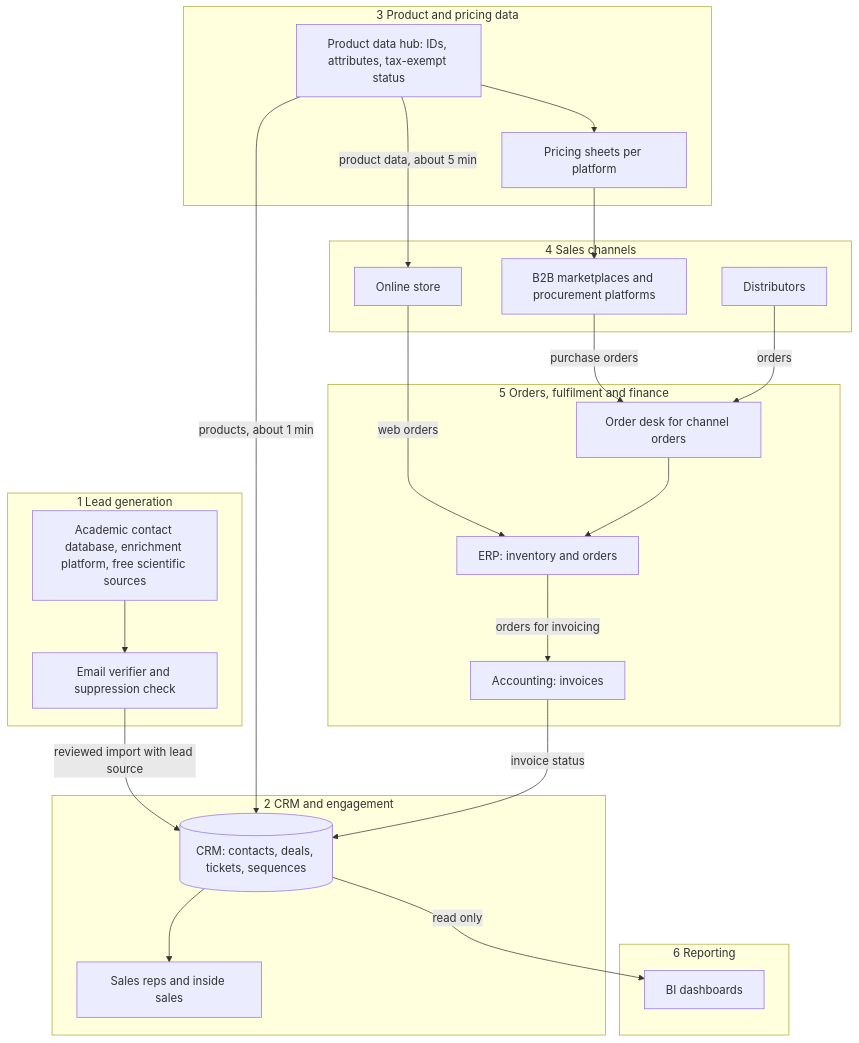
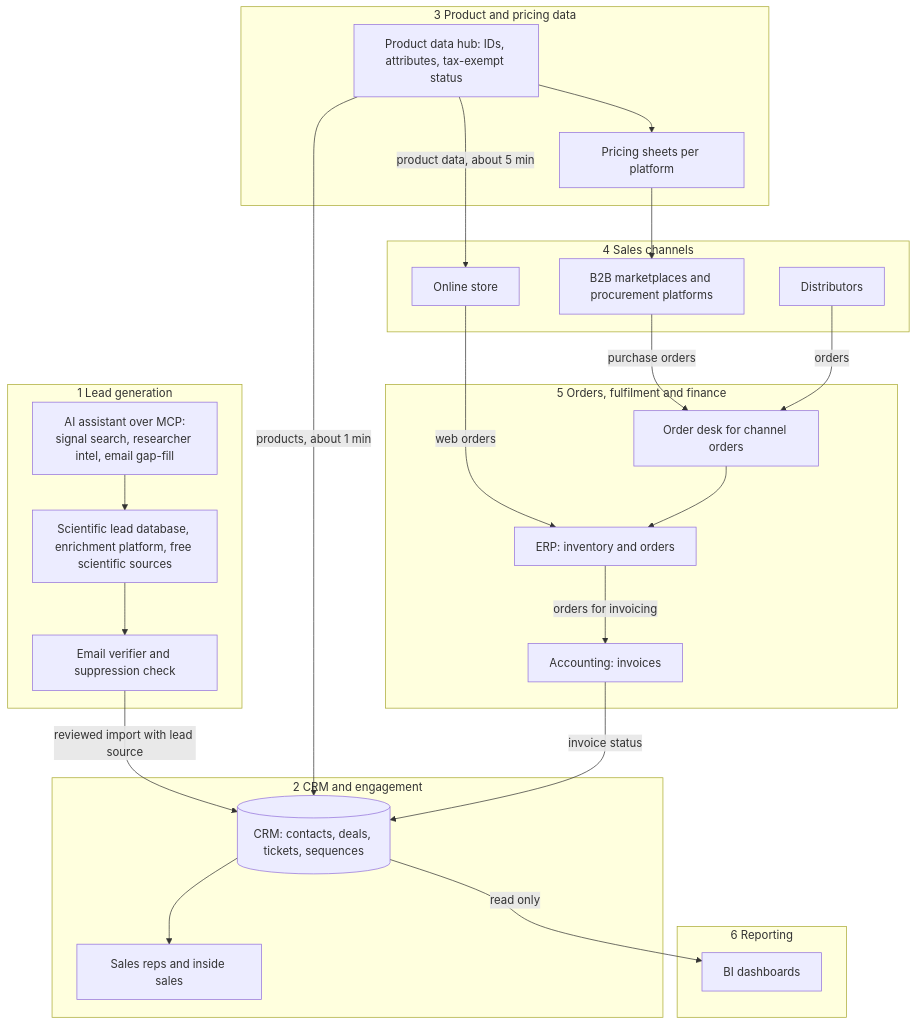
One commit to rbanola1/RevOps-Portfolio changed the diagram in 07-commercial-systems-architecture/README.md. Above: the diagram before and after it, drawn with Mermaid. The commit also changed other lines of this file and 12 other files, not shown here.

Commit message:
Add project 18: AI-assisted scientific prospecting (lead database + Claude over MCP); show it in the 07 lead-generation layer

````diff
--- a/07-commercial-systems-architecture/README.md
+++ b/07-commercial-systems-architecture/README.md
@@ -13,39 +13,40 @@
 ```mermaid
 flowchart TB
     subgraph L1[1 Lead generation]
-      LS[Academic contact database, enrichment platform, free scientific sources] --> VF[Email verifier and suppression check]
+      AI["AI assistant over MCP:<br>signal search, researcher intel, email gap-fill"] --> LS
+      LS[Scientific lead database, enrichment platform, free scientific sources] --> VF[Email verifier and suppression check]
     end
     subgraph L2[2 CRM and engagement]
       CRM[(CRM: contacts, deals, tickets, sequences)]
       REP[Sales reps and inside sales]
     end
     subgraph L3[3 Product and pricing data]
       PH[Product data hub: IDs, attributes, tax-exempt status]
       PS[Pricing sheets per platform]
     end
     subgraph L4[4 Sales channels]
       ST[Online store]
       MP[B2B marketplaces and procurement platforms]
       DI[Distributors]
     end
     subgraph L5[5 Orders, fulfilment and finance]
       ERP[ERP: inventory and orders]
       OD[Order desk for channel orders]
       AC[Accounting: invoices]
     end
     subgraph L6[6 Reporting]
       BI[BI dashboards]
     end
     VF -->|reviewed import with lead source| CRM
     CRM --> REP
     PH -->|products, about 1 min| CRM
     PH -->|product data, about 5 min| ST
     PH --> PS --> MP
     ST -->|web orders| ERP
     MP -->|purchase orders| OD
     DI -->|orders| OD
     OD --> ERP
     ERP -->|orders for invoicing| AC
     AC -->|invoice status| CRM
     CRM -->|read only| BI
 ```
````
